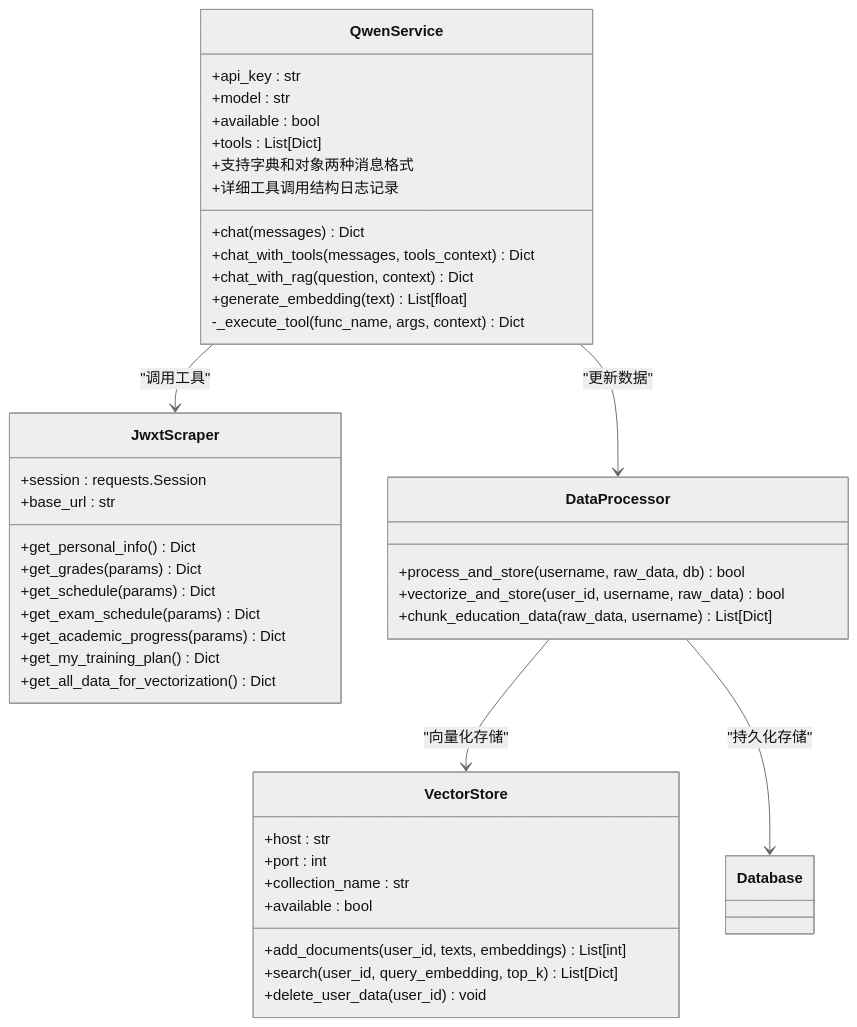
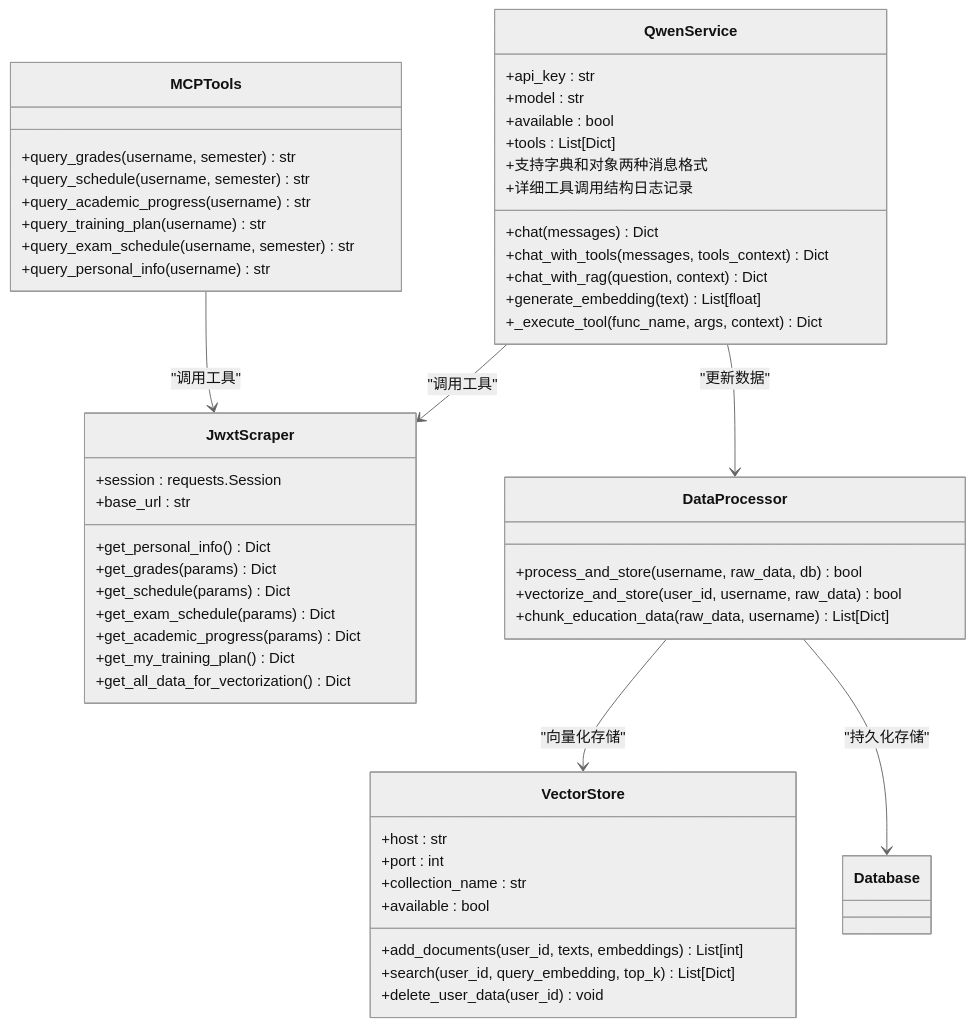
One commit to ghbbn053-ship-itsoulddog/soulddog changed the second of 12 diagrams in .qoder/repowiki/zh/content/AI智能问答系统/AI工具调用功能.md. Above: the diagram before and after it, drawn with Mermaid (neutral theme). The commit also changed other lines of this file and 13 other files, not shown here.

````diff
--- a/.qoder/repowiki/zh/content/AI智能问答系统/AI工具调用功能.md
+++ b/.qoder/repowiki/zh/content/AI智能问答系统/AI工具调用功能.md
@@ -105,45 +118,54 @@
 ```mermaid
 classDiagram
 class QwenService {
 +api_key : str
 +model : str
 +available : bool
 +tools : List[Dict]
 +chat(messages) Dict
 +chat_with_tools(messages, tools_context) Dict
 +chat_with_rag(question, context) Dict
 +generate_embedding(text) List[float]
--_execute_tool(func_name, args, context) Dict
++_execute_tool(func_name, args, context) Dict
 +支持字典和对象两种消息格式
 +详细工具调用结构日志记录
 }
 class JwxtScraper {
 +session : requests.Session
 +base_url : str
 +get_personal_info() Dict
 +get_grades(params) Dict
 +get_schedule(params) Dict
 +get_exam_schedule(params) Dict
 +get_academic_progress(params) Dict
 +get_my_training_plan() Dict
 +get_all_data_for_vectorization() Dict
 }
 class DataProcessor {
 +process_and_store(username, raw_data, db) bool
 +vectorize_and_store(user_id, username, raw_data) bool
 +chunk_education_data(raw_data, username) List[Dict]
 }
 class VectorStore {
 +host : str
 +port : int
 +collection_name : str
 +available : bool
 +add_documents(user_id, texts, embeddings) List[int]
 +search(user_id, query_embedding, top_k) List[Dict]
 +delete_user_data(user_id) void
 }
+class MCPTools {
++query_grades(username, semester) str
++query_schedule(username, semester) str
++query_academic_progress(username) str
++query_training_plan(username) str
++query_exam_schedule(username, semester) str
++query_personal_info(username) str
+}
 QwenService --> JwxtScraper : "调用工具"
 QwenService --> DataProcessor : "更新数据"
+MCPTools --> JwxtScraper : "调用工具"
 DataProcessor --> VectorStore : "向量化存储"
 DataProcessor --> Database : "持久化存储"
 ```
````
